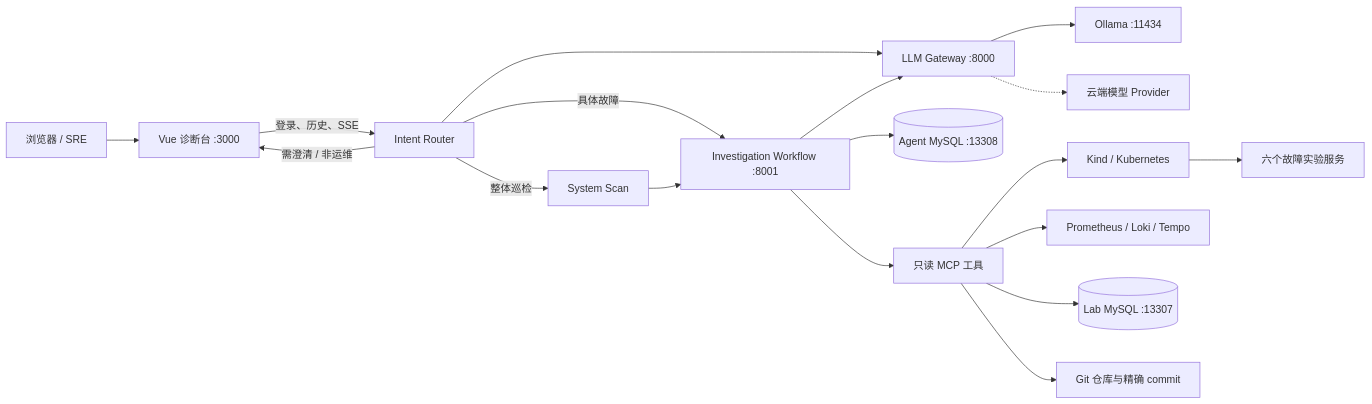
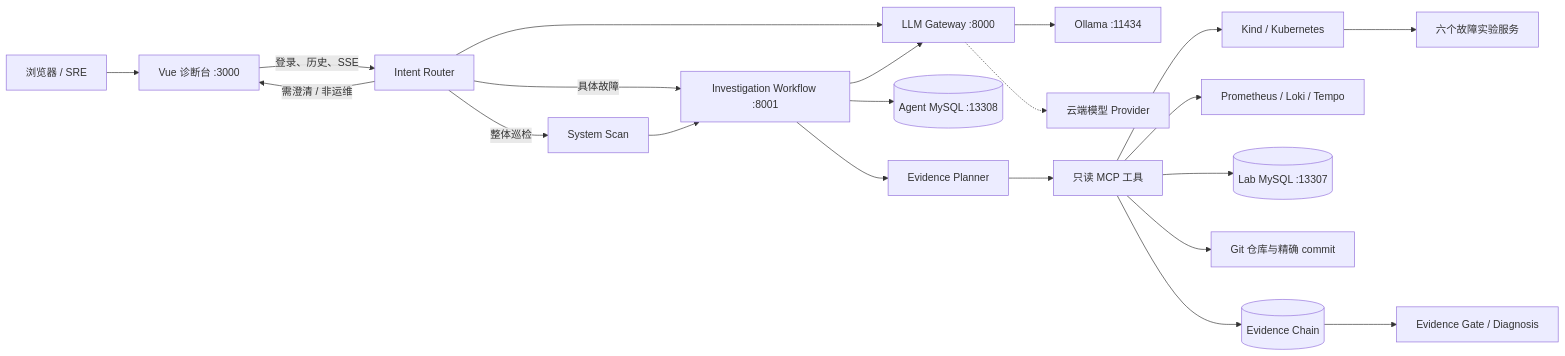
One commit to taxidriver4ever/SRE-Agent-platform changed the diagram in README.md. Above: the diagram before and after it, drawn with Mermaid. The commit also changed other lines of this file and 266 other files, not shown here.

First line of the commit message:
feat(workflow): integrate LLM evidence planner, verification gate, and monorepo migration

````diff
--- a/README.md
+++ b/README.md
@@ -20,20 +20,23 @@
 ```mermaid
 flowchart LR
     U["浏览器 / SRE"] --> F["Vue 诊断台 :3000"]
     F -->|"登录、历史、SSE"| I["Intent Router"]
     I -->|"具体故障"| A["Investigation Workflow :8001"]
     I -->|"整体巡检"| SS["System Scan"]
     SS --> A
     I -->|"需澄清 / 非运维"| F
     I --> G["LLM Gateway :8000"]
     A --> G
     G --> O["Ollama :11434"]
     G -.-> P["云端模型 Provider"]
     A --> M[("Agent MySQL :13308")]
-    A --> T["只读 MCP 工具"]
+    A --> PL["Evidence Planner"]
+    PL --> T["只读 MCP 工具"]
     T --> K["Kind / Kubernetes"]
     T --> OBS["Prometheus / Loki / Tempo"]
     T --> DB[("Lab MySQL :13307")]
     T --> R["Git 仓库与精确 commit"]
+    T --> E[("Evidence Chain")]
+    E --> V["Evidence Gate / Diagnosis"]
     K --> S["六个故障实验服务"]
 ```
````
